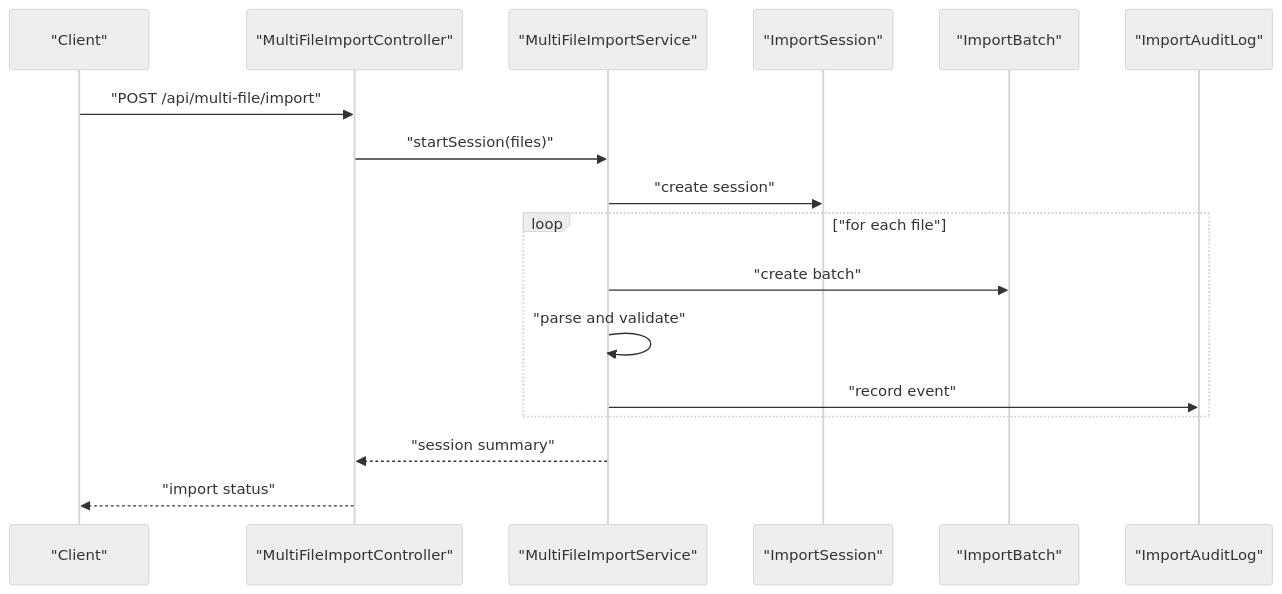
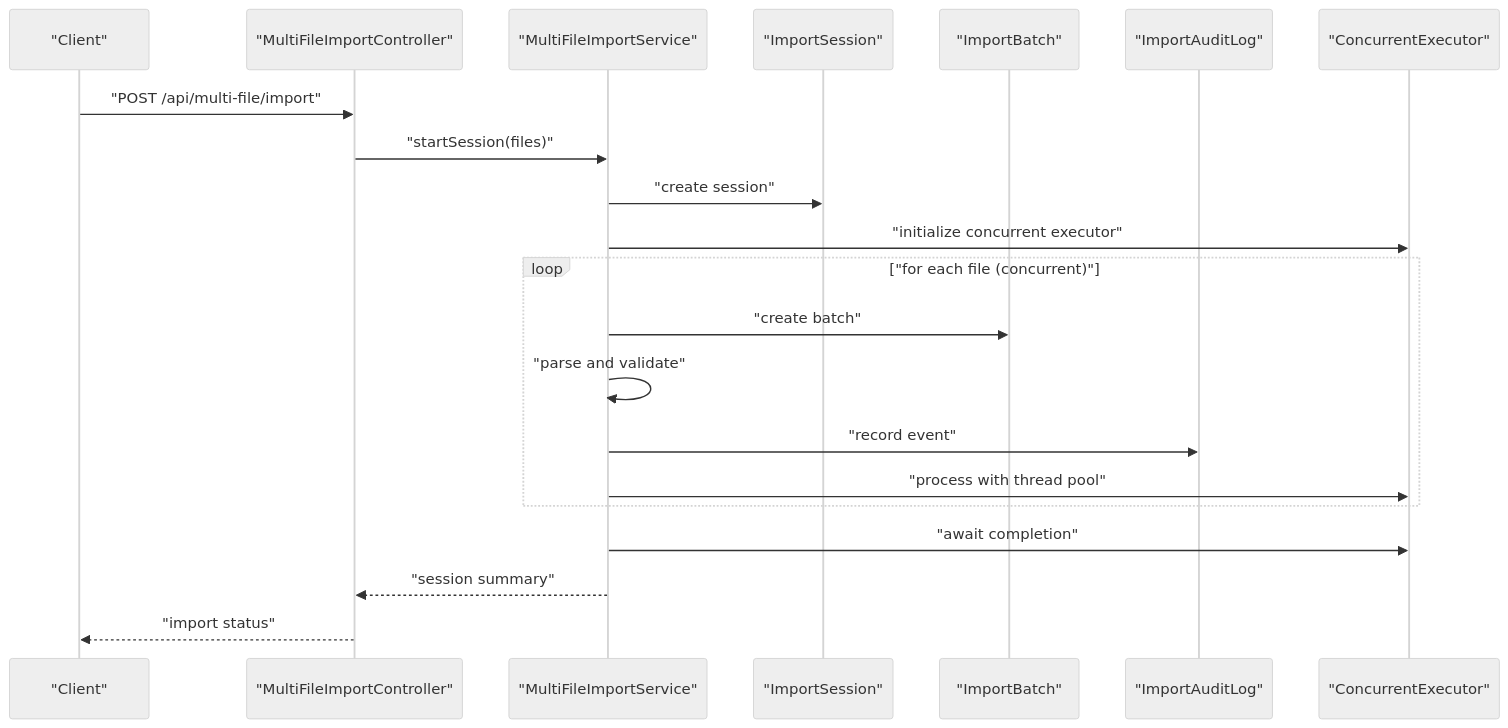
Before and after one commit to janoshan07/ceb_demo_dashboard: the seventh of 10 diagrams in .qoder/repowiki/en/content/Backend Documentation/Business Logic Services/Business Logic Services.md, drawn with Mermaid (neutral theme). The commit also changed other lines of this file and 27 other files, not shown here.

````diff
--- a/.qoder/repowiki/en/content/Backend Documentation/Business Logic Services/Business Logic Services.md
+++ b/.qoder/repowiki/en/content/Backend Documentation/Business Logic Services/Business Logic Services.md
@@ -473,19 +485,23 @@
 ```mermaid
 sequenceDiagram
 participant Client as "Client"
 participant Controller as "MultiFileImportController"
 participant Service as "MultiFileImportService"
 participant Session as "ImportSession"
 participant Batch as "ImportBatch"
 participant Audit as "ImportAuditLog"
+participant Executor as "ConcurrentExecutor"
 Client->>Controller : "POST /api/multi-file/import"
 Controller->>Service : "startSession(files)"
 Service->>Session : "create session"
-loop "for each file"
+Service->>Executor : "initialize concurrent executor"
+loop "for each file (concurrent)"
 Service->>Batch : "create batch"
 Service->>Service : "parse and validate"
 Service->>Audit : "record event"
+Service->>Executor : "process with thread pool"
 end
+Service->>Executor : "await completion"
 Service-->>Controller : "session summary"
 Controller-->>Client : "import status"
 ```
````
